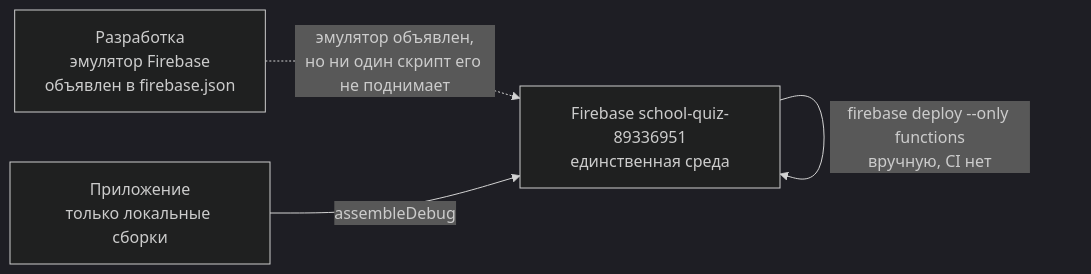
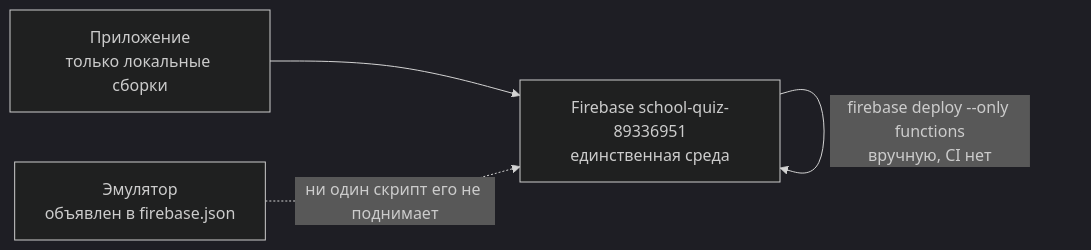
Before and after one commit to tpov/schoolquiz3.0: the second of 2 diagrams in _bmad-output/planning-artifacts/architecture/architecture-schoolquiz3.0-2026-08-31/ARCHITECTURE-SPINE.md, drawn with Mermaid (dark theme). The commit also changed other lines of this file and 241 other files, not shown here.

````diff
--- a/_bmad-output/planning-artifacts/architecture/architecture-schoolquiz3.0-2026-08-31/ARCHITECTURE-SPINE.md
+++ b/_bmad-output/planning-artifacts/architecture/architecture-schoolquiz3.0-2026-08-31/ARCHITECTURE-SPINE.md
@@ -288,10 +318,6 @@
 ```mermaid
 graph LR
-    DEV["Разработка<br/>эмулятор Firebase<br/>объявлен в firebase.json"]
-    PROD["Firebase school-quiz-89336951<br/>единственная среда"]
-    APP["Приложение<br/>только локальные сборки"]
-
-    DEV -.->|"эмулятор объявлен,<br/>но ни один скрипт его не поднимает"| PROD
-    APP -->|"assembleDebug"| PROD
+    APP["Приложение<br/>только локальные сборки"] --> PROD["Firebase school-quiz-89336951<br/>единственная среда"]
+    EMU["Эмулятор<br/>объявлен в firebase.json"] -.->|"ни один скрипт его не поднимает"| PROD
     PROD -->|"firebase deploy --only functions<br/>вручную, CI нет"| PROD
 ```
````
